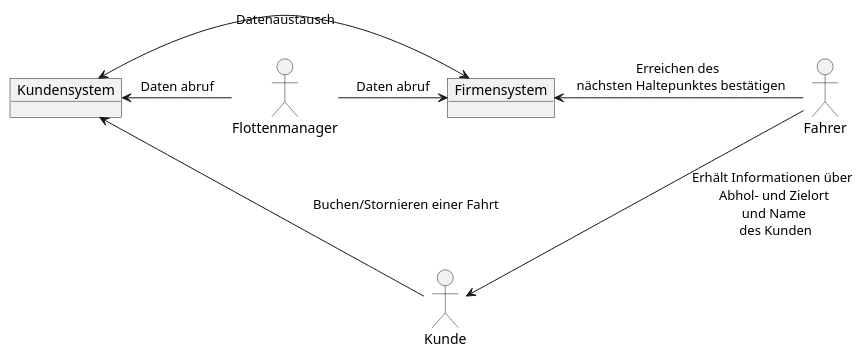
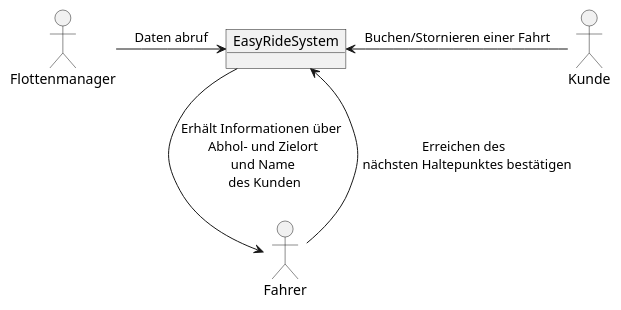
One commit to KevGOtt/Objektorientierte-Softwaretechnik changed the diagram in src/main/java/EasyRide/Woche1/04 Systemkontext und Akteure.puml. Above: the diagram before and after it, drawn with PlantUML. The commit also changed 2 other files, not shown here.

```diff
--- a/src/main/java/EasyRide/Woche1/04 Systemkontext und Akteure.puml
+++ b/src/main/java/EasyRide/Woche1/04 Systemkontext und Akteure.puml
@@ -1,20 +1,16 @@
 @startuml
 allowmixing
 
 actor Kunde
 actor Fahrer
 actor Flottenmanager
 
-object Kundensystem
-object Firmensystem
+object EasyRideSystem
 
-Kunde -left-> Kundensystem : Buchen/Stornieren einer Fahrt
+Kunde -left-> EasyRideSystem : Buchen/Stornieren einer Fahrt
 
 
-
-Fahrer --> Kunde : Erhält Informationen über \n Abhol- und Zielort \n und Name \n des Kunden
-Fahrer -left-> Firmensystem : Erreichen des \n nächsten Haltepunktes bestätigen
-Flottenmanager -left> Kundensystem : Daten abruf
-Flottenmanager -> Firmensystem : Daten abruf
-Firmensystem <-right-> Kundensystem : Datenaustausch
+EasyRideSystem --> Fahrer : Erhält Informationen über \n Abhol- und Zielort \n und Name \n des Kunden
+Fahrer --> EasyRideSystem : Erreichen des \n nächsten Haltepunktes bestätigen
+Flottenmanager -> EasyRideSystem : Daten abruf
 @enduml
```
